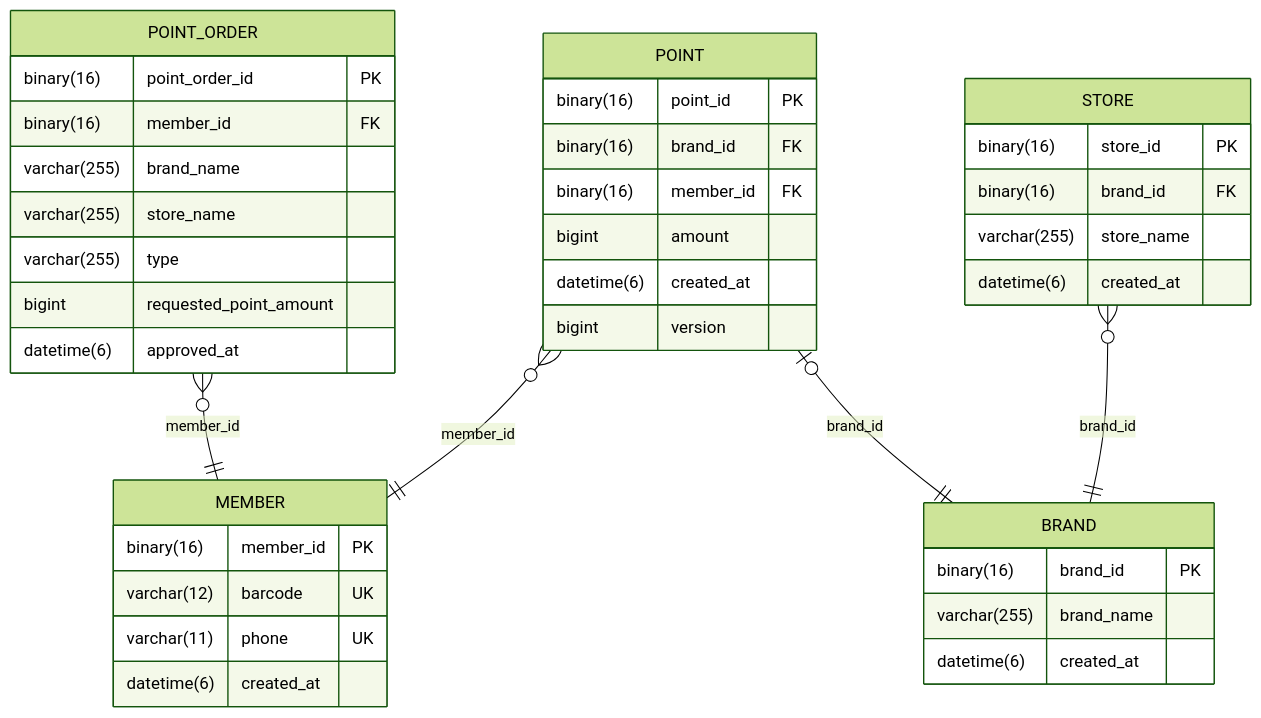
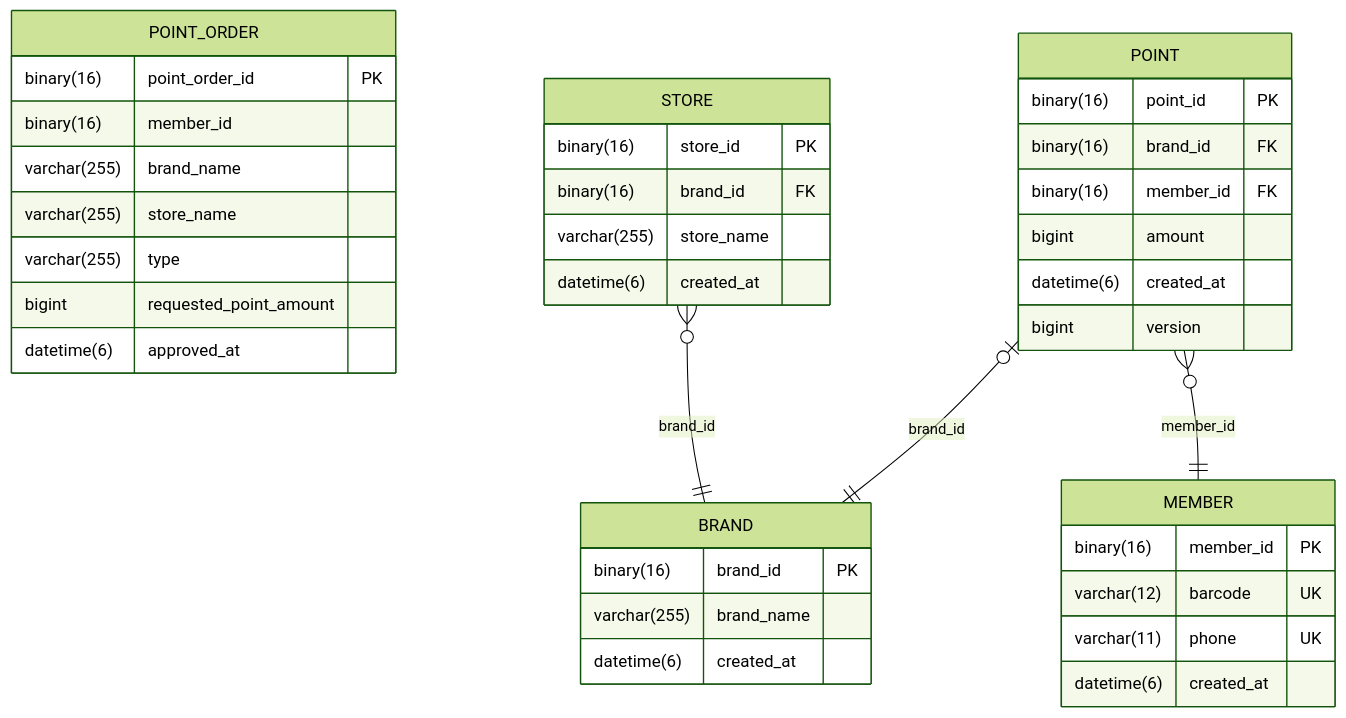
Before and after one commit to yoonpunk/fnb-membership: the first of 2 diagrams in README.md, drawn with Mermaid (forest theme). The commit also changed other lines of this file and 1 other file, not shown here.

Commit message:
Changed ERD and ERD part of README.md

````diff
--- a/README.md
+++ b/README.md
@@ -68,42 +68,41 @@
 ```mermaid
 erDiagram
     BRAND {
         binary(16) brand_id PK
         varchar(255) brand_name
         datetime(6) created_at
     }
     MEMBER {
         binary(16) member_id PK
         varchar(12) barcode UK
         varchar(11) phone UK
         datetime(6) created_at
     }
     POINT_ORDER {
         binary(16) point_order_id PK
-        binary(16) member_id FK
+        binary(16) member_id
         varchar(255) brand_name
         varchar(255) store_name
         varchar(255) type
         bigint requested_point_amount
         datetime(6) approved_at
     }
     STORE {
         binary(16) store_id PK
         binary(16) brand_id FK
         varchar(255) store_name
         datetime(6) created_at
     }
     POINT {
         binary(16) point_id PK
         binary(16) brand_id FK
         binary(16) member_id FK
         bigint amount
         datetime(6) created_at
         bigint version
     }
 
     POINT |o--|| BRAND : brand_id
     POINT }o--|| MEMBER : member_id
     STORE }o--|| BRAND : brand_id
-    POINT_ORDER }o--|| MEMBER : member_id
 ```
````
